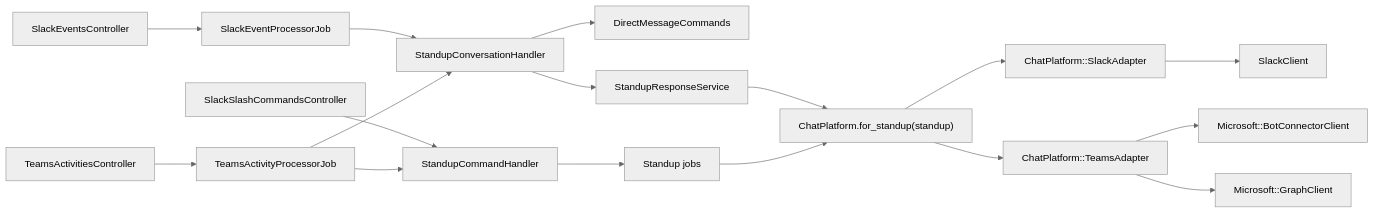
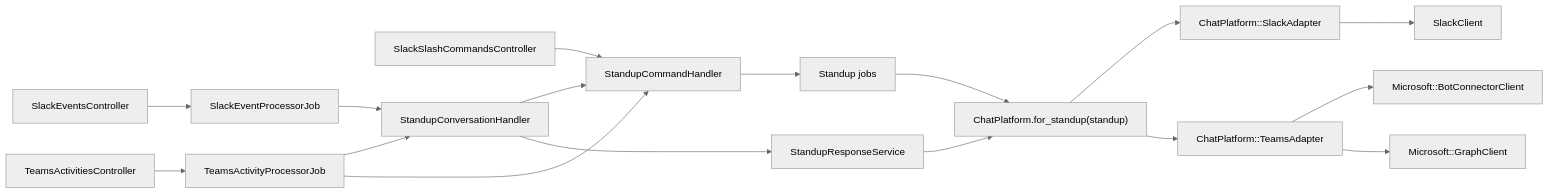
The second of 6 diagrams in docs/architecture.md (mrecachinas/standup-bot), drawn with Mermaid (neutral theme) before and after one commit. The commit also changed other lines of this file and 11 other files, not shown here.

````diff
--- a/docs/architecture.md
+++ b/docs/architecture.md
@@ -52,19 +52,19 @@
 ```mermaid
 flowchart LR
     SE[SlackEventsController] --> J[SlackEventProcessorJob]
     SS[SlackSlashCommandsController] --> CMD[StandupCommandHandler]
     TA[TeamsActivitiesController] --> TJ[TeamsActivityProcessorJob]
     J --> CH[StandupConversationHandler]
     TJ --> CH
     TJ --> CMD
-    CH --> DM[DirectMessageCommands]
+    CH --> CMD
     CH --> SVC[StandupResponseService]
     CMD --> Jobs[Standup jobs]
     SVC --> REG["ChatPlatform.for_standup(standup)"]
     Jobs --> REG
     REG --> SA[ChatPlatform::SlackAdapter]
     REG --> TAD[ChatPlatform::TeamsAdapter]
     SA --> SC[SlackClient]
     TAD --> BC[Microsoft::BotConnectorClient]
     TAD --> GC[Microsoft::GraphClient]
 ```
````
